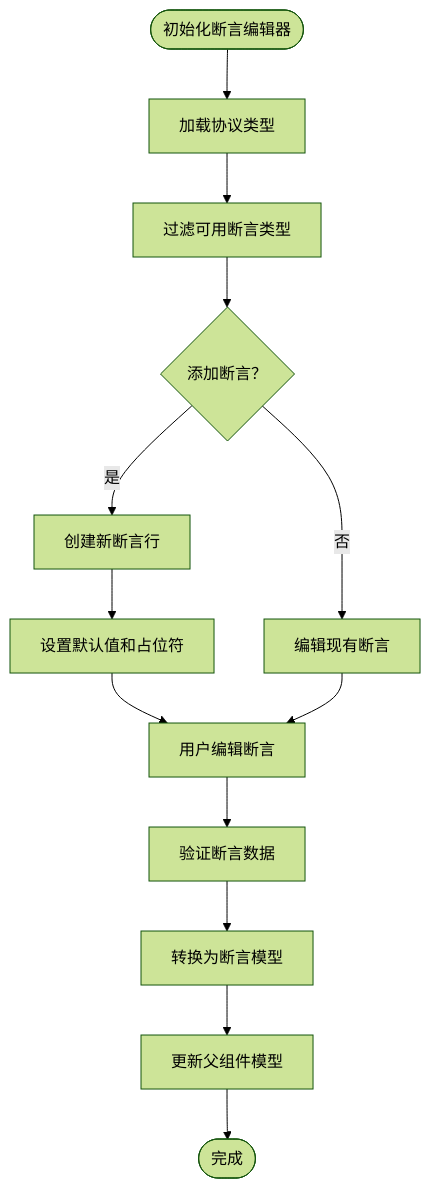
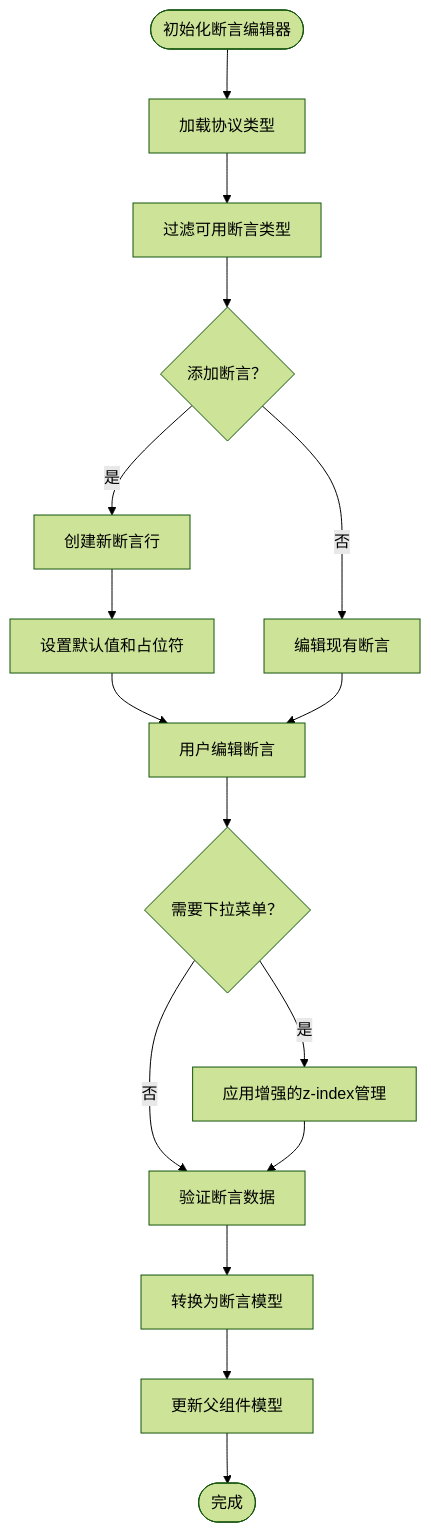
The tenth of 11 diagrams in .qoder/repowiki/zh/content/前端开发/组件系统/API 测试组件.md (Lichhu/caseForge), drawn with Mermaid (forest theme) before and after one commit. The commit also changed other lines of this file and 8 other files, not shown here.

````diff
--- a/.qoder/repowiki/zh/content/前端开发/组件系统/API 测试组件.md
+++ b/.qoder/repowiki/zh/content/前端开发/组件系统/API 测试组件.md
@@ -457,15 +509,18 @@
 ```mermaid
 flowchart TD
 Start(["初始化断言编辑器"]) --> LoadProtocol["加载协议类型"]
 LoadProtocol --> FilterTypes["过滤可用断言类型"]
 FilterTypes --> AddRow{"添加断言？"}
 AddRow --> |是| CreateRow["创建新断言行"]
 AddRow --> |否| EditExisting["编辑现有断言"]
 CreateRow --> SetDefaults["设置默认值和占位符"]
 SetDefaults --> UserEdit["用户编辑断言"]
 EditExisting --> UserEdit
-UserEdit --> Validate["验证断言数据"]
+UserEdit --> DropdownCheck{"需要下拉菜单？"}
+DropdownCheck --> |是| ApplyZIndex["应用增强的z-index管理"]
+DropdownCheck --> |否| Validate
+ApplyZIndex --> Validate["验证断言数据"]
 Validate --> Convert["转换为断言模型"]
 Convert --> UpdateModel["更新父组件模型"]
 UpdateModel --> End(["完成"])
 ```
````
